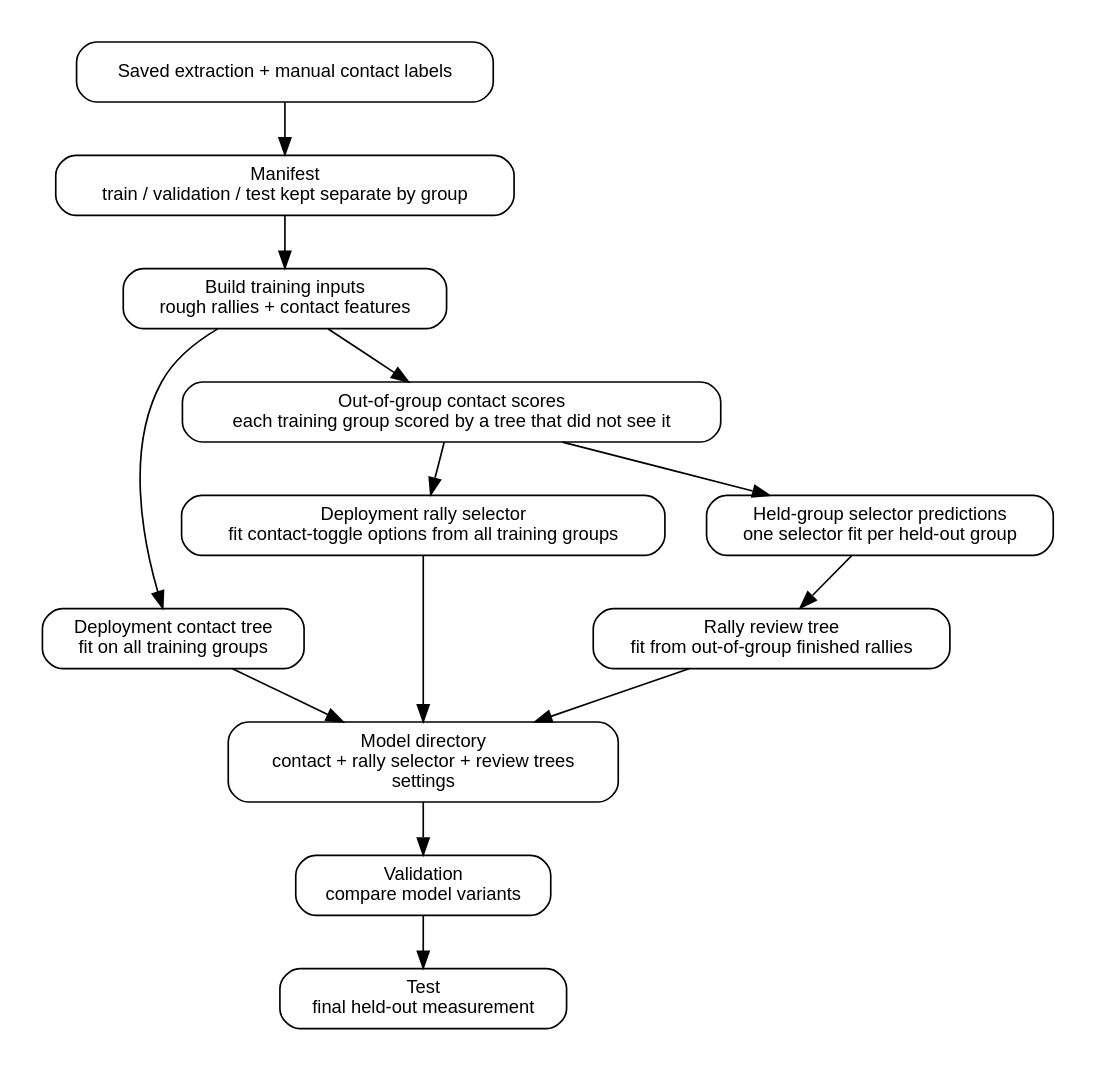
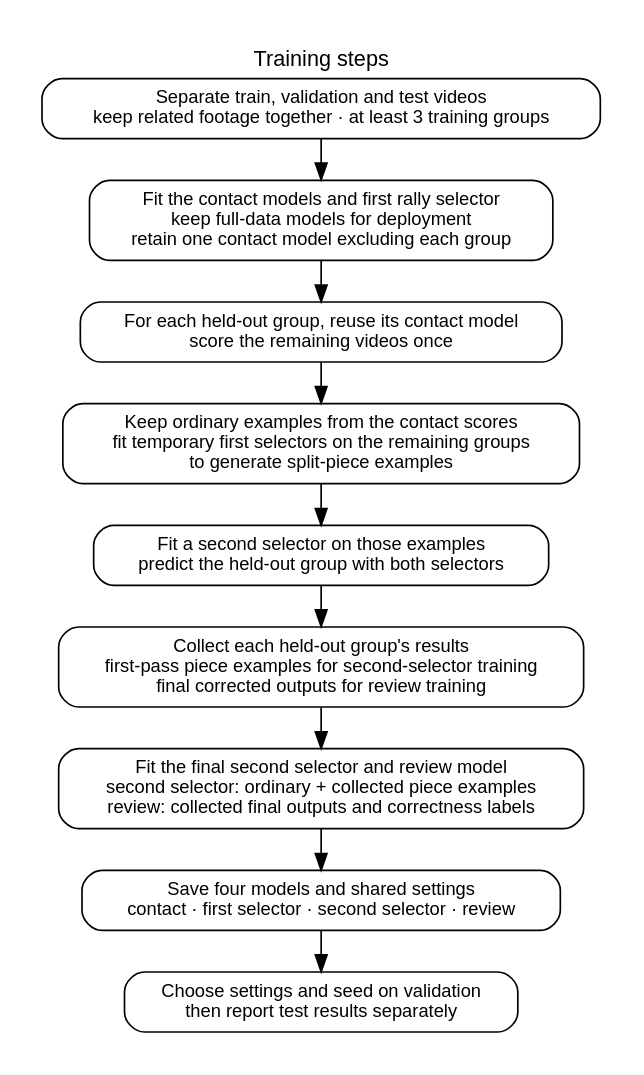
One commit to ahalp90/badminton_cv_annotator changed the diagram in docs/annotator/figures/refit_flow.dot. Above: the diagram before and after it, drawn with Graphviz. The commit also changed 145 other files, not shown here.

First line of the commit message:
Use a trained selector to correct split rallies

```diff
--- a/docs/annotator/figures/refit_flow.dot
+++ b/docs/annotator/figures/refit_flow.dot
@@ -1,27 +1,17 @@
 digraph refit {
-  graph [rankdir=TB, pad="0.25", nodesep="0.35", ranksep="0.45", bgcolor="white"];
+  graph [rankdir=TB, pad="0.25", nodesep="0.35", ranksep="0.35", bgcolor="white", label="Training steps", labelloc=t, fontname="Helvetica", fontsize=13];
   node [shape=box, style="rounded", fontname="Helvetica", fontsize=11, margin="0.12,0.08"];
   edge [fontname="Helvetica", fontsize=9];
 
-  data [label="Saved extraction + manual contact labels"];
-  manifest [label="Manifest\ntrain / validation / test kept separate by group"];
-  heur [label="Build training inputs\nrough rallies + contact features"];
-  finalcontact [label="Deployment contact tree\nfit on all training groups"];
-  crosscontact [label="Out-of-group contact scores\neach training group scored by a tree that did not see it"];
-  seq [label="Deployment rally selector\nfit contact-toggle options from all training groups"];
-  crossseq [label="Held-group selector predictions\none selector fit per held-out group"];
-  conf [label="Rally review tree\nfit from out-of-group finished rallies"];
-  bundle [label="Model directory\ncontact + rally selector + review trees\nsettings"];
-  val [label="Validation\ncompare model variants"];
-  test [label="Test\nfinal held-out measurement"];
+  data [label="Separate train, validation and test videos\nkeep related footage together · at least 3 training groups"];
+  contact [label="Fit the contact models and first rally selector\nkeep full-data models for deployment\nretain one contact model excluding each group"];
+  fixed [label="For each held-out group, reuse its contact model\nscore the remaining videos once"];
+  examples [label="Keep ordinary examples from the contact scores\nfit temporary first selectors on the remaining groups\nto generate split-piece examples"];
+  held [label="Fit a second selector on those examples\npredict the held-out group with both selectors"];
+  collect [label="Collect each held-out group's results\nfirst-pass piece examples for second-selector training\nfinal corrected outputs for review training"];
+  final [label="Fit the final second selector and review model\nsecond selector: ordinary + collected piece examples\nreview: collected final outputs and correctness labels"];
+  bundle [label="Save four models and shared settings\ncontact · first selector · second selector · review"];
+  validation [label="Choose settings and seed on validation\nthen report test results separately"];
 
-  data -> manifest -> heur;
-  heur -> finalcontact;
-  heur -> crosscontact;
-  crosscontact -> seq;
-  crosscontact -> crossseq -> conf;
-  finalcontact -> bundle;
-  seq -> bundle;
-  conf -> bundle;
-  bundle -> val -> test;
+  data -> contact -> fixed -> examples -> held -> collect -> final -> bundle -> validation;
 }
```
